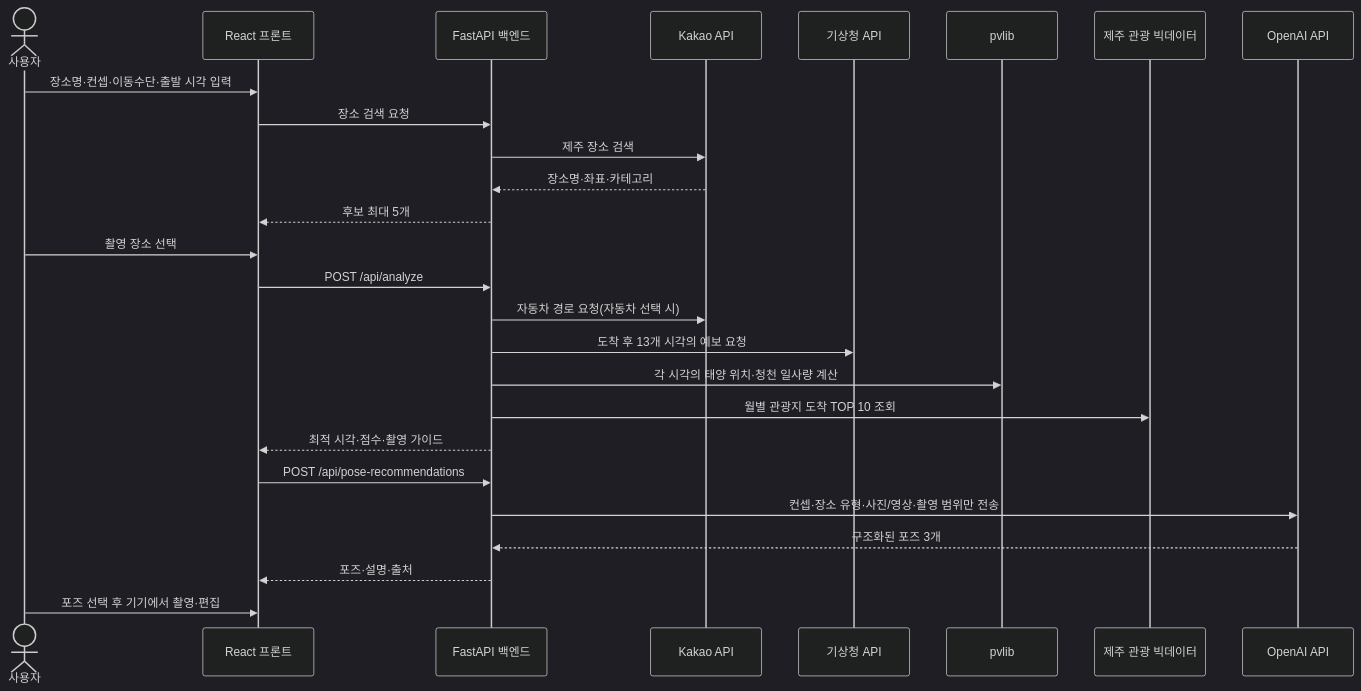
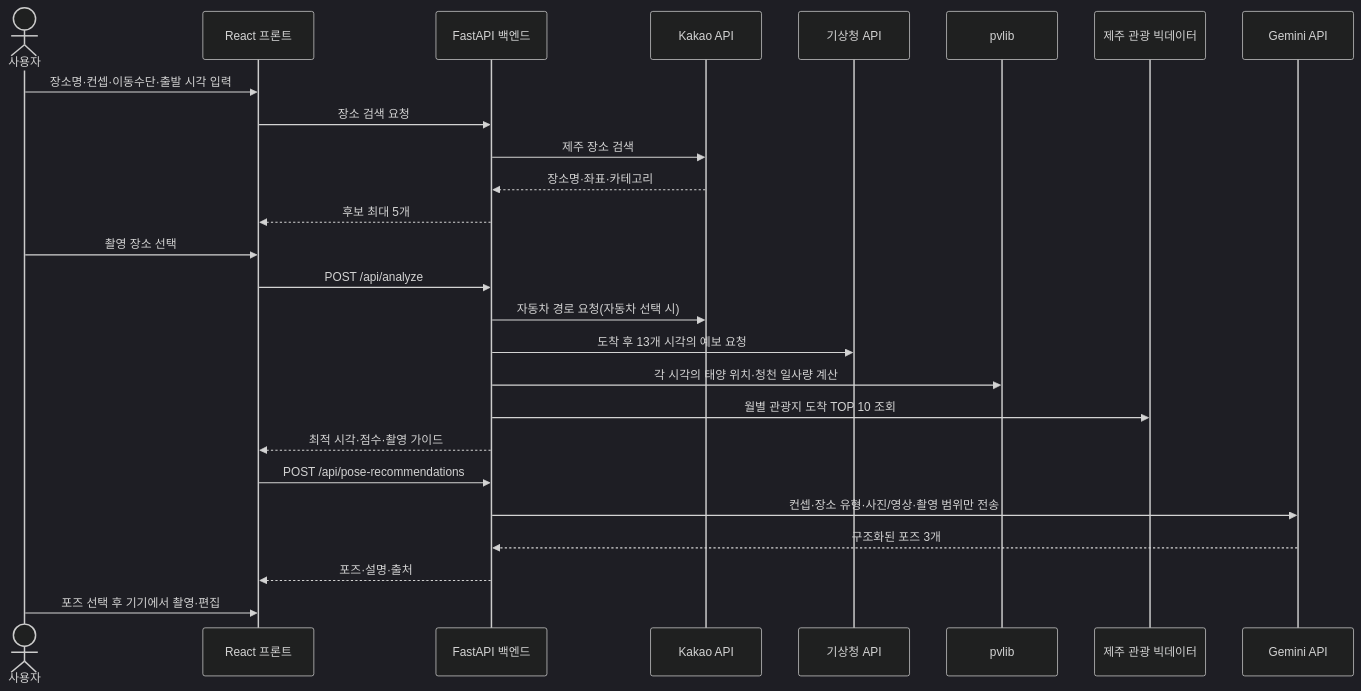
Before and after one commit to baeseozin/scene-Jeju: the diagram in TECHNICAL_DETAILS.md, drawn with Mermaid (dark theme). The commit also changed other lines of this file and 35 other files, not shown here.

````diff
--- a/TECHNICAL_DETAILS.md
+++ b/TECHNICAL_DETAILS.md
@@ -40,29 +40,29 @@
 ```mermaid
 sequenceDiagram
     actor U as 사용자
     participant F as React 프론트
     participant B as FastAPI 백엔드
     participant K as Kakao API
     participant W as 기상청 API
     participant P as pvlib
     participant J as 제주 관광 빅데이터
-    participant O as OpenAI API
+    participant G as Gemini API
 
     U->>F: 장소명·컨셉·이동수단·출발 시각 입력
     F->>B: 장소 검색 요청
     B->>K: 제주 장소 검색
     K-->>B: 장소명·좌표·카테고리
     B-->>F: 후보 최대 5개
     U->>F: 촬영 장소 선택
     F->>B: POST /api/analyze
     B->>K: 자동차 경로 요청(자동차 선택 시)
     B->>W: 도착 후 13개 시각의 예보 요청
     B->>P: 각 시각의 태양 위치·청천 일사량 계산
     B->>J: 월별 관광지 도착 TOP 10 조회
     B-->>F: 최적 시각·점수·촬영 가이드
     F->>B: POST /api/pose-recommendations
-    B->>O: 컨셉·장소 유형·사진/영상·촬영 범위만 전송
-    O-->>B: 구조화된 포즈 3개
+    B->>G: 컨셉·장소 유형·사진/영상·촬영 범위만 전송
+    G-->>B: 구조화된 포즈 3개
     B-->>F: 포즈·설명·출처
     U->>F: 포즈 선택 후 기기에서 촬영·편집
 ```
````
